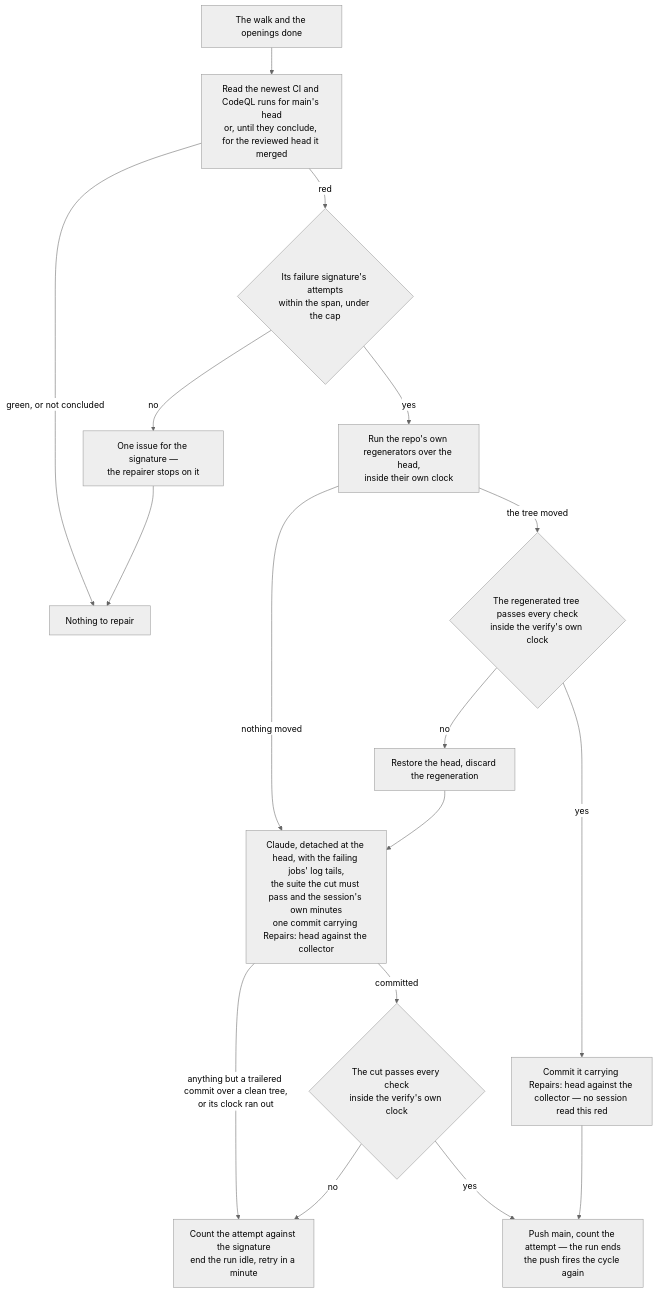
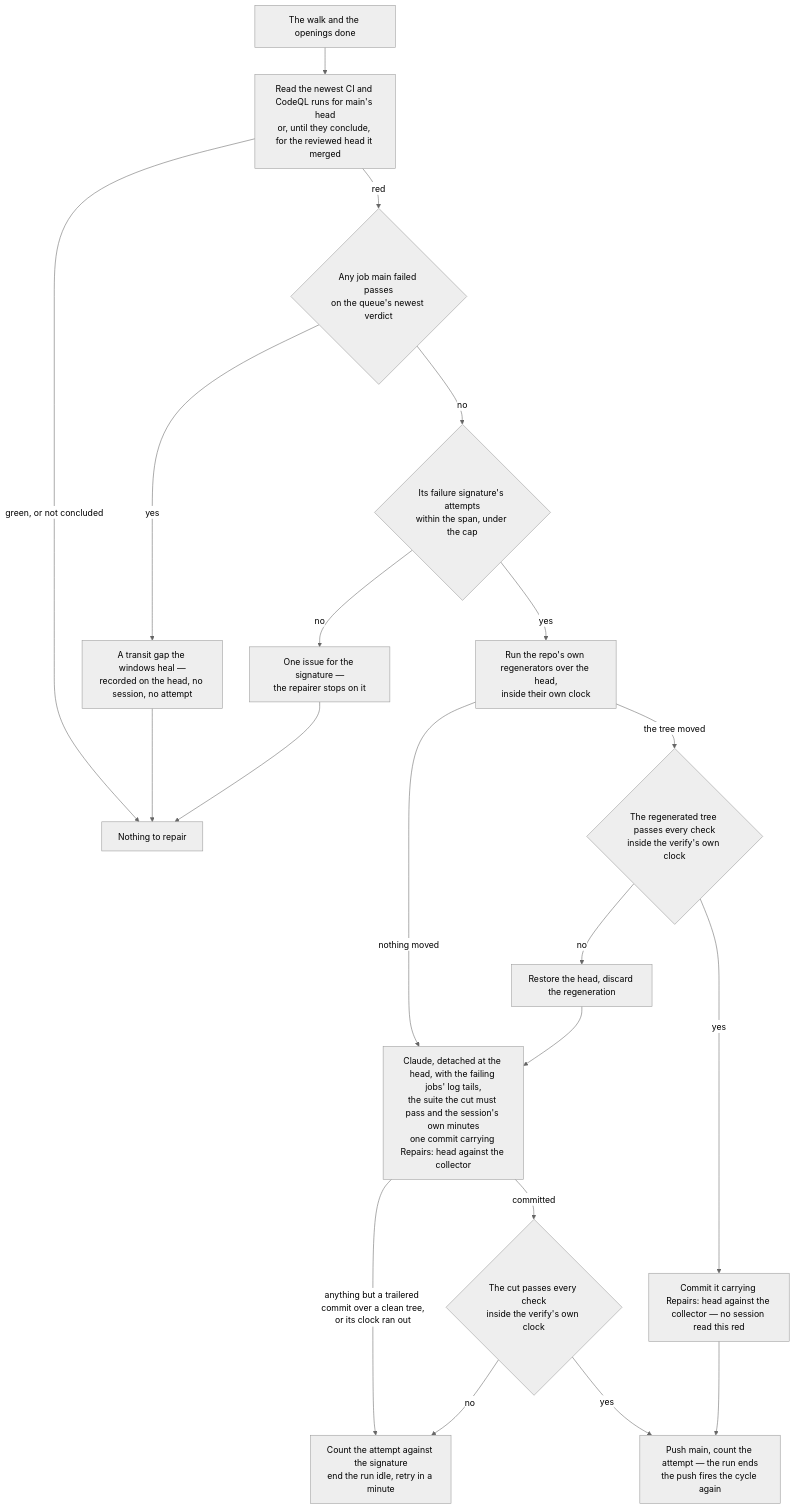
The diagram in apps/web/content/docs/infra/review-collector/repair.md (Esposter/Esposter), drawn with Mermaid (neutral theme) before and after one commit. The commit also changed other lines of this file and 21 other files, not shown here.

````diff
--- a/apps/web/content/docs/infra/review-collector/repair.md
+++ b/apps/web/content/docs/infra/review-collector/repair.md
@@ -14,17 +14,19 @@
 ```mermaid
 flowchart TD
   E[The walk and the openings done] --> R[Read the newest CI and CodeQL runs for main's head<br/>or, until they conclude, for the reviewed head it merged]
   R -->|green, or not concluded| L[Nothing to repair]
-  R -->|red| S{Its failure signature's attempts<br/>within the span, under the cap}
+  R -->|red| Q{Any job main failed passes<br/>on the queue's newest verdict}
+  Q -->|yes| TG[A transit gap the windows heal —<br/>recorded on the head, no session, no attempt] --> L
+  Q -->|no| S{Its failure signature's attempts<br/>within the span, under the cap}
   S -->|no| P[One issue for the signature —<br/>the repairer stops on it] --> L
   S -->|yes| G[Run the repo's own regenerators over the head,<br/>inside their own clock]
   G -->|nothing moved| C
   G -->|the tree moved| GV{The regenerated tree passes every check<br/>inside the verify's own clock}
   GV -->|no| RS[Restore the head, discard the regeneration] --> C
   GV -->|yes| GC[Commit it carrying Repairs: head against the collector — no session read this red] --> PU
   C[Claude, detached at the head, with the failing jobs' log tails,<br/>the suite the cut must pass and the session's own minutes<br/>one commit carrying Repairs: head against the collector]
   C -->|anything but a trailered commit over a clean tree,<br/>or its clock ran out| F[Count the attempt against the signature<br/>end the run idle, retry in a minute]
   C -->|committed| V{The cut passes every check<br/>inside the verify's own clock}
   V -->|no| F
   V -->|yes| PU[Push main, count the attempt — the run ends<br/>the push fires the cycle again]
 ```
````
